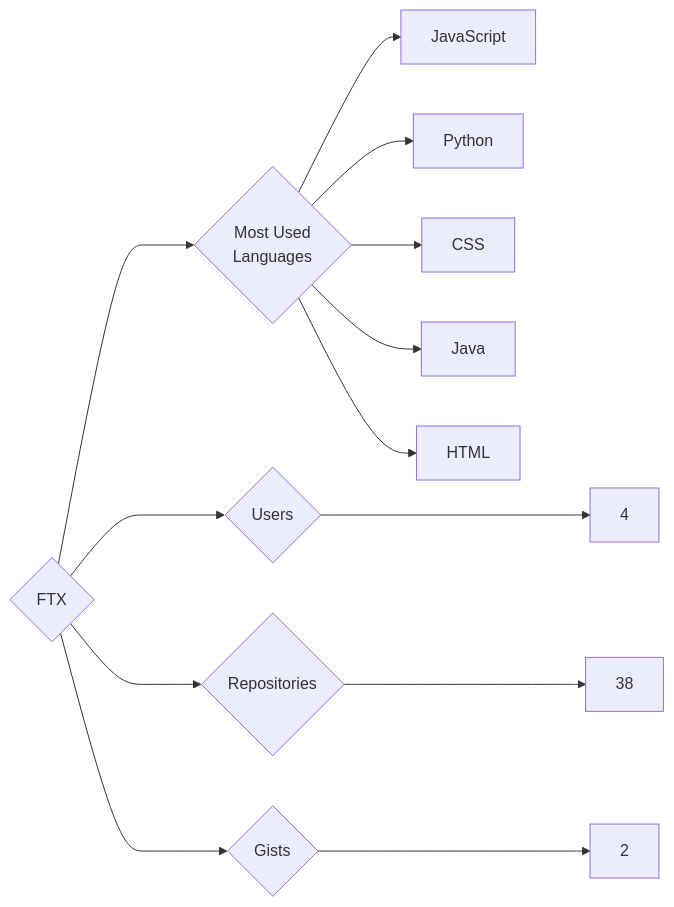
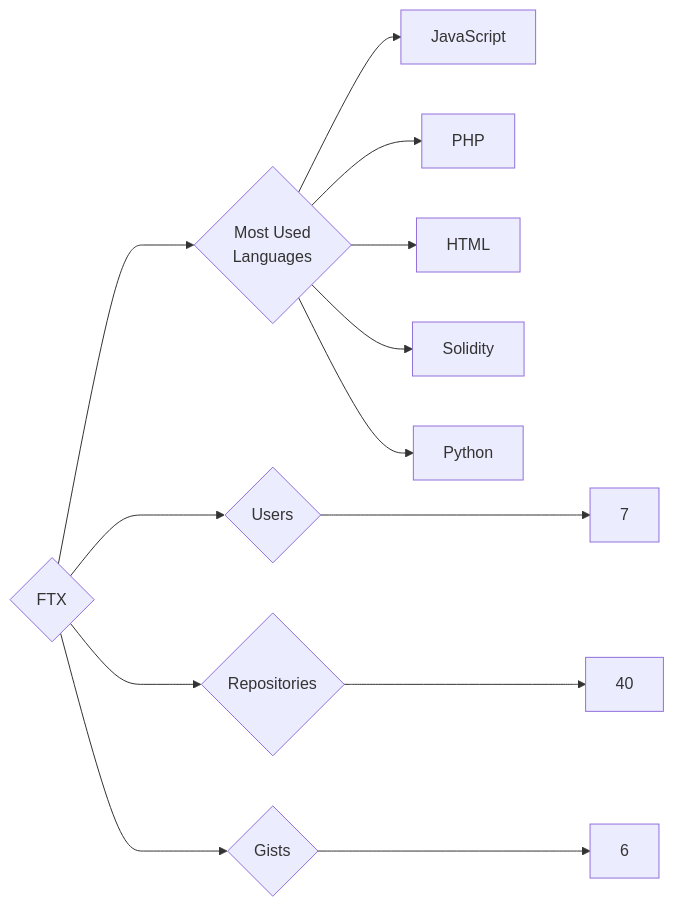
Before and after one commit to trickest/insiders: the diagram in targets/FTX/README.md, drawn with Mermaid. The commit also changed 1078 other files, not shown here.

````diff
--- a/targets/FTX/README.md
+++ b/targets/FTX/README.md
@@ -3,13 +3,13 @@
 ```mermaid
 graph LR
 COMPANY_NAME{FTX}
-COMPANY_NAME ---> U{Users} ---> UN[4]
-COMPANY_NAME ---> R{Repositories} ---> RN[38]
-COMPANY_NAME ---> G{Gists} ---> GN[2]
+COMPANY_NAME ---> U{Users} ---> UN[7]
+COMPANY_NAME ---> R{Repositories} ---> RN[40]
+COMPANY_NAME ---> G{Gists} ---> GN[6]
 COMPANY_NAME ---> ML{Most Used<br>Languages}
 ML --> JavaScript[JavaScript]
+ML --> PHP[PHP]
+ML --> HTML[HTML]
+ML --> Solidity[Solidity]
 ML --> Python[Python]
-ML --> CSS[CSS]
-ML --> Java[Java]
-ML --> HTML[HTML]
 ```
````
